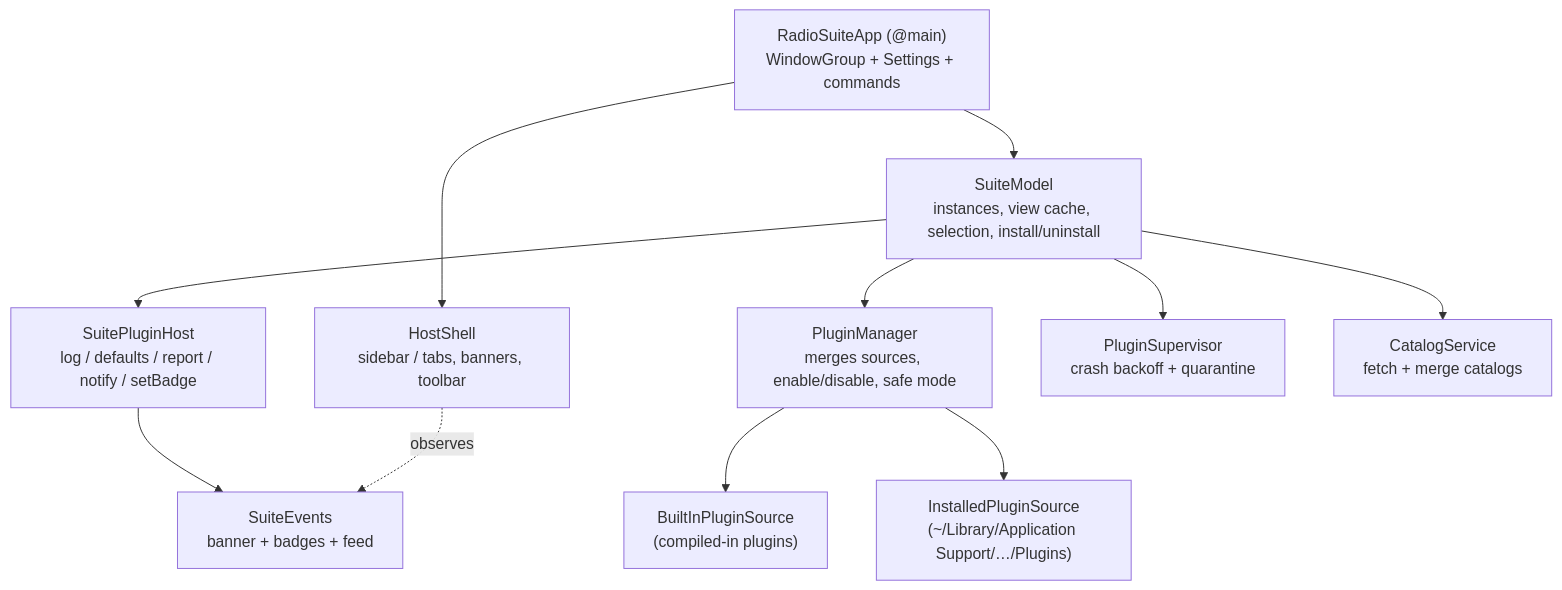
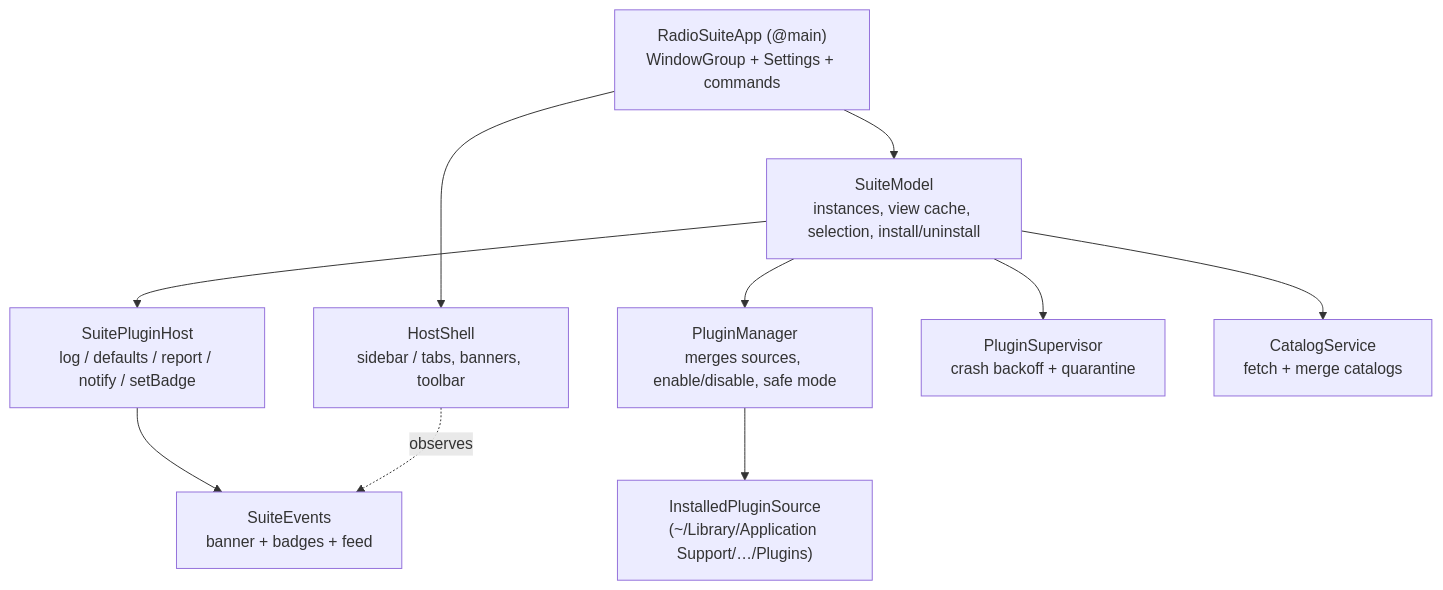
The fourth of 10 diagrams in ARCHITECTURE.md (vu2cpl/AmateurRadioSuite), drawn with Mermaid before and after one commit. The commit also changed other lines of this file and 6 other files, not shown here.

````diff
--- a/ARCHITECTURE.md
+++ b/ARCHITECTURE.md
@@ -223,13 +225,12 @@
 ```mermaid
 graph TD
     App["RadioSuiteApp (@main)\nWindowGroup + Settings + commands"] --> Shell["HostShell\nsidebar / tabs, banners, toolbar"]
     App --> Model["SuiteModel\ninstances, view cache, selection, install/uninstall"]
     Model --> Manager["PluginManager\nmerges sources, enable/disable, safe mode"]
     Model --> HostCtx["SuitePluginHost\nlog / defaults / report / notify / setBadge"]
     Model --> Sup["PluginSupervisor\ncrash backoff + quarantine"]
     Model --> Cat["CatalogService\nfetch + merge catalogs"]
-    Manager --> SrcB["BuiltInPluginSource\n(compiled-in plugins)"]
     Manager --> SrcI["InstalledPluginSource\n(~/Library/Application Support/…/Plugins)"]
     HostCtx --> Events["SuiteEvents\nbanner + badges + feed"]
     Shell -.observes.-> Events
 ```
````
